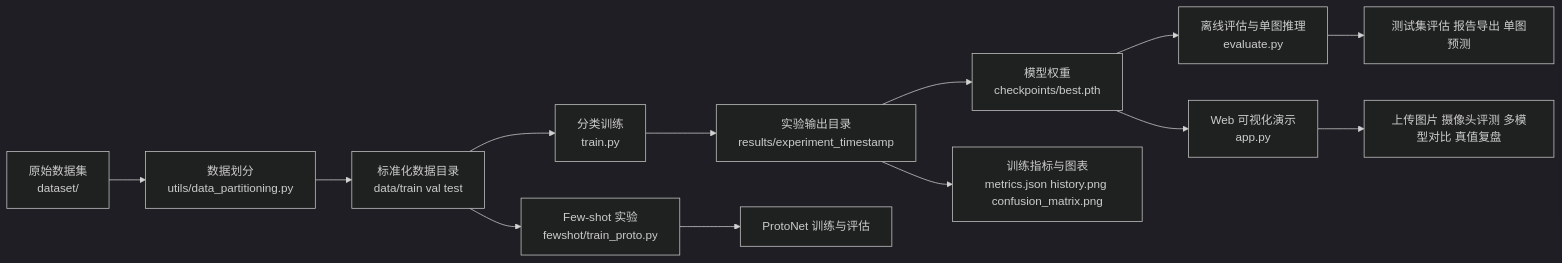
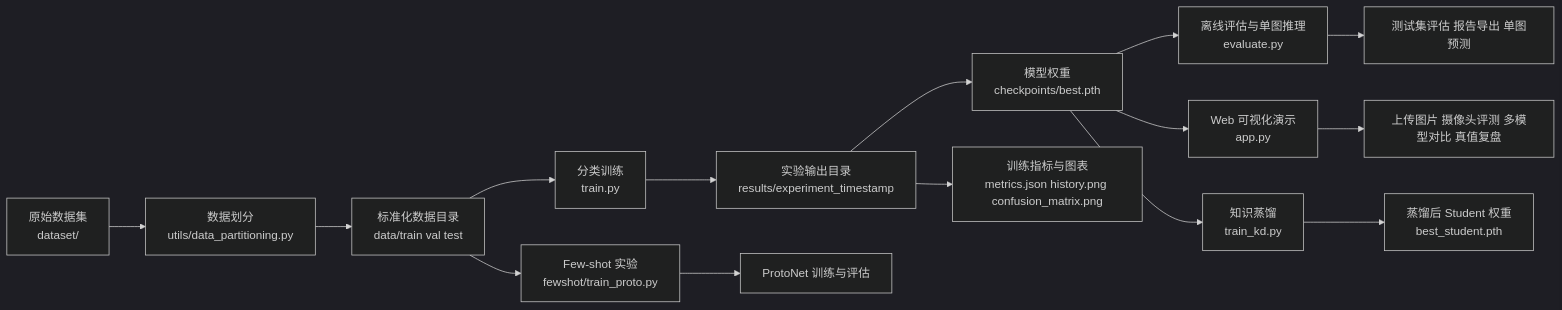
Before and after one commit to Axi-code/face-mask-recognition-benchmark: the first of 2 diagrams in README.md, drawn with Mermaid (dark theme). The commit also changed other lines of this file and 28 other files, not shown here.

````diff
--- a/README.md
+++ b/README.md
@@ -58,15 +62,17 @@
 ```mermaid
 flowchart LR
     A[原始数据集<br/>dataset/] --> B[数据划分<br/>utils/data_partitioning.py]
     B --> C[标准化数据目录<br/>data/train val test]
     C --> D[分类训练<br/>train.py]
     D --> E[实验输出目录<br/>results/experiment_timestamp]
     E --> F[模型权重<br/>checkpoints/best.pth]
     E --> G[训练指标与图表<br/>metrics.json history.png confusion_matrix.png]
     F --> H[离线评估与单图推理<br/>evaluate.py]
     F --> I[Web 可视化演示<br/>app.py]
+    F --> N[知识蒸馏<br/>train_kd.py]
+    N --> O[蒸馏后 Student 权重<br/>best_student.pth]
     C --> J[Few-shot 实验<br/>fewshot/train_proto.py]
     H --> K[测试集评估 报告导出 单图预测]
     I --> L[上传图片 摄像头评测 多模型对比 真值复盘]
     J --> M[ProtoNet 训练与评估]
 ```
````
